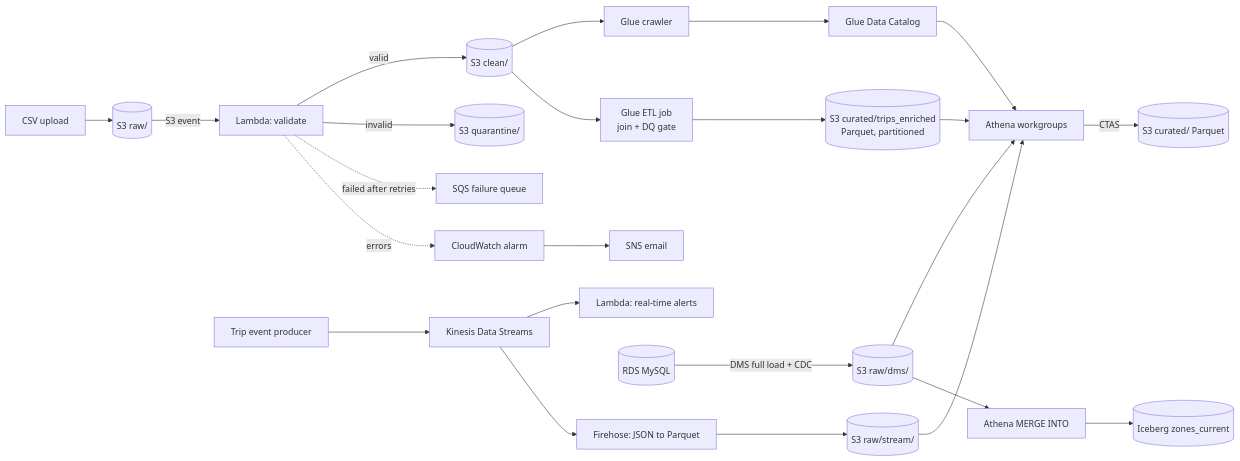
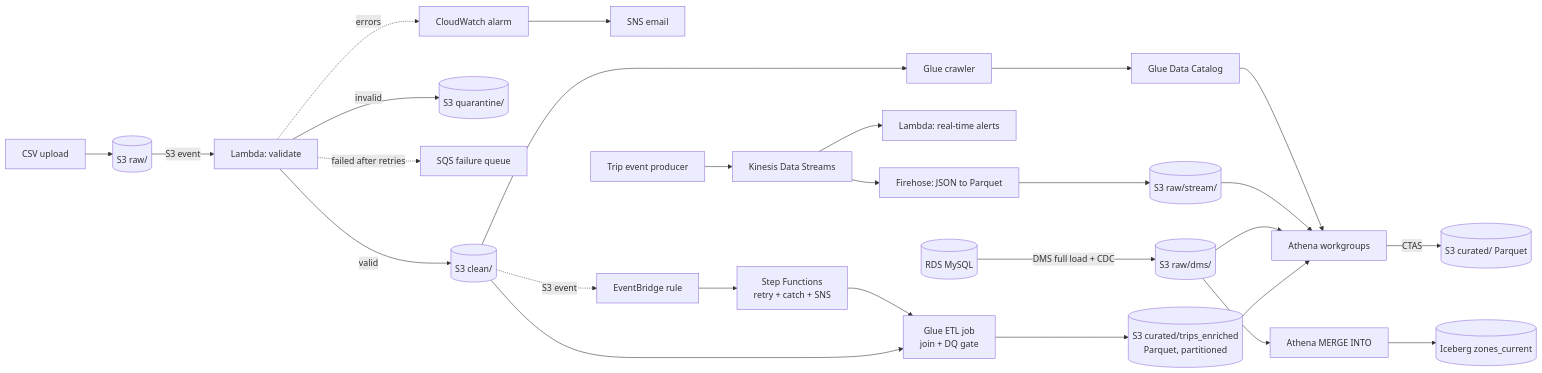
Before and after one commit to DataPoole/dea-lab: the diagram in README.md, drawn with Mermaid. The commit also changed other lines of this file and 7 other files, not shown here.

Commit message:
Build 7: Step Functions pipeline; fix zones bookmark in Build 6 job

````diff
--- a/README.md
+++ b/README.md
@@ -10,21 +10,23 @@
 ```mermaid
 flowchart LR
   U[CSV upload] --> R[(S3 raw/)]
   R -->|S3 event| L[Lambda: validate]
   L -->|valid| C[(S3 clean/)]
   L -->|invalid| Q[(S3 quarantine/)]
   L -.->|failed after retries| D[SQS failure queue]
   L -.->|errors| A[CloudWatch alarm] --> S[SNS email]
   C --> K[Glue crawler] --> G[Glue Data Catalog]
   G --> AT[Athena workgroups]
   AT -->|CTAS| P[(S3 curated/ Parquet)]
   PR[Trip event producer] --> KS[Kinesis Data Streams]
   KS --> LB[Lambda: real-time alerts]
   KS --> FH[Firehose: JSON to Parquet] --> RS[(S3 raw/stream/)]
   RS --> AT
   DB[(RDS MySQL)] -->|DMS full load + CDC| DM[(S3 raw/dms/)]
   DM --> AT
+  C -.->|S3 event| EB[EventBridge rule] --> SF[Step Functions<br/>retry + catch + SNS]
+  SF --> GJ
   C --> GJ[Glue ETL job<br/>join + DQ gate] --> E[(S3 curated/trips_enriched<br/>Parquet, partitioned)]
   E --> AT
   DM --> MG[Athena MERGE INTO] --> IC[(Iceberg zones_current)]
 ```
````
